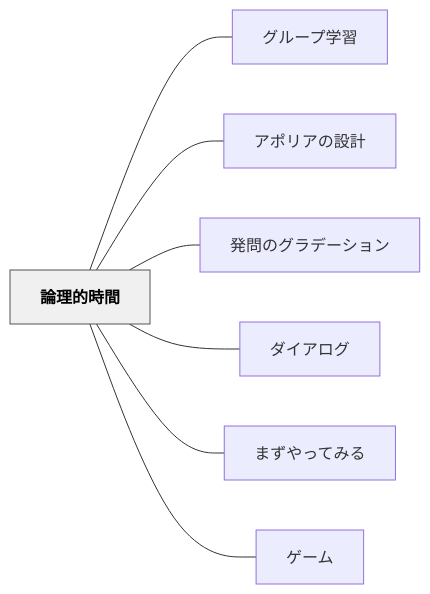
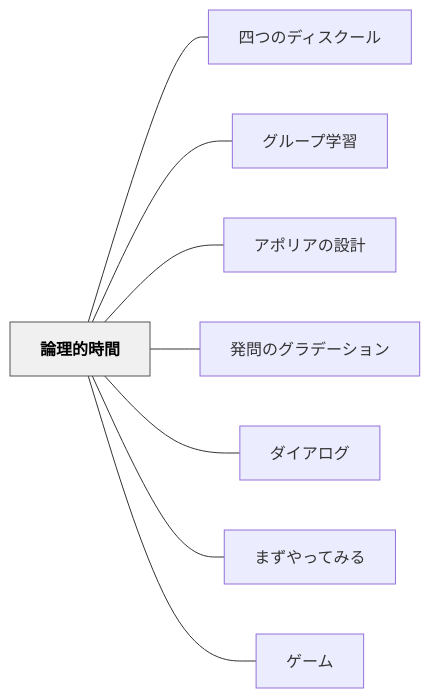
The diagram in content/パタン/論理的時間.md (unknownthings-ed-patterns/unknownthings-ed-patterns), drawn with Mermaid before and after one commit. The commit also changed other lines of this file and 185 other files, not shown here.

````diff
--- a/content/パタン/論理的時間.md
+++ b/content/パタン/論理的時間.md
@@ -170,20 +171,22 @@
 ```mermaid
 flowchart LR
     ne8ab96e79086e79a84e69982e99693["論理的時間"]
+    ne59b9be381a4e381aee38387e382a3e382b9e382afe383bce383ab["四つのディスクール"]
     ne382b0e383abe383bce38397e5ada6e7bf92["グループ学習"]
     ne382a2e3839de383aae382a2e381aee8a8ade8a888["アポリアの設計"]
     ne799bae5958fe381aee382b0e383a9e38387e383bce382b7e383a7e383b3["発問のグラデーション"]
     ne38380e382a4e382a2e383ade382b0["ダイアログ"]
     ne381bee3819ae38284e381a3e381a6e381bfe3828b["まずやってみる"]
     ne382b2e383bce383a0["ゲーム"]
 
+    ne8ab96e79086e79a84e69982e99693 --- ne59b9be381a4e381aee38387e382a3e382b9e382afe383bce383ab
     ne8ab96e79086e79a84e69982e99693 --- ne382b0e383abe383bce38397e5ada6e7bf92
     ne8ab96e79086e79a84e69982e99693 --- ne382a2e3839de383aae382a2e381aee8a8ade8a888
     ne8ab96e79086e79a84e69982e99693 --- ne799bae5958fe381aee382b0e383a9e38387e383bce382b7e383a7e383b3
     ne8ab96e79086e79a84e69982e99693 --- ne38380e382a4e382a2e383ade382b0
     ne8ab96e79086e79a84e69982e99693 --- ne381bee3819ae38284e381a3e381a6e381bfe3828b
     ne8ab96e79086e79a84e69982e99693 --- ne382b2e383bce383a0
 
     classDef hub fill:#f0f0f0,stroke:#555,color:#000,font-weight:bold
     class ne8ab96e79086e79a84e69982e99693 hub
 ```
````
